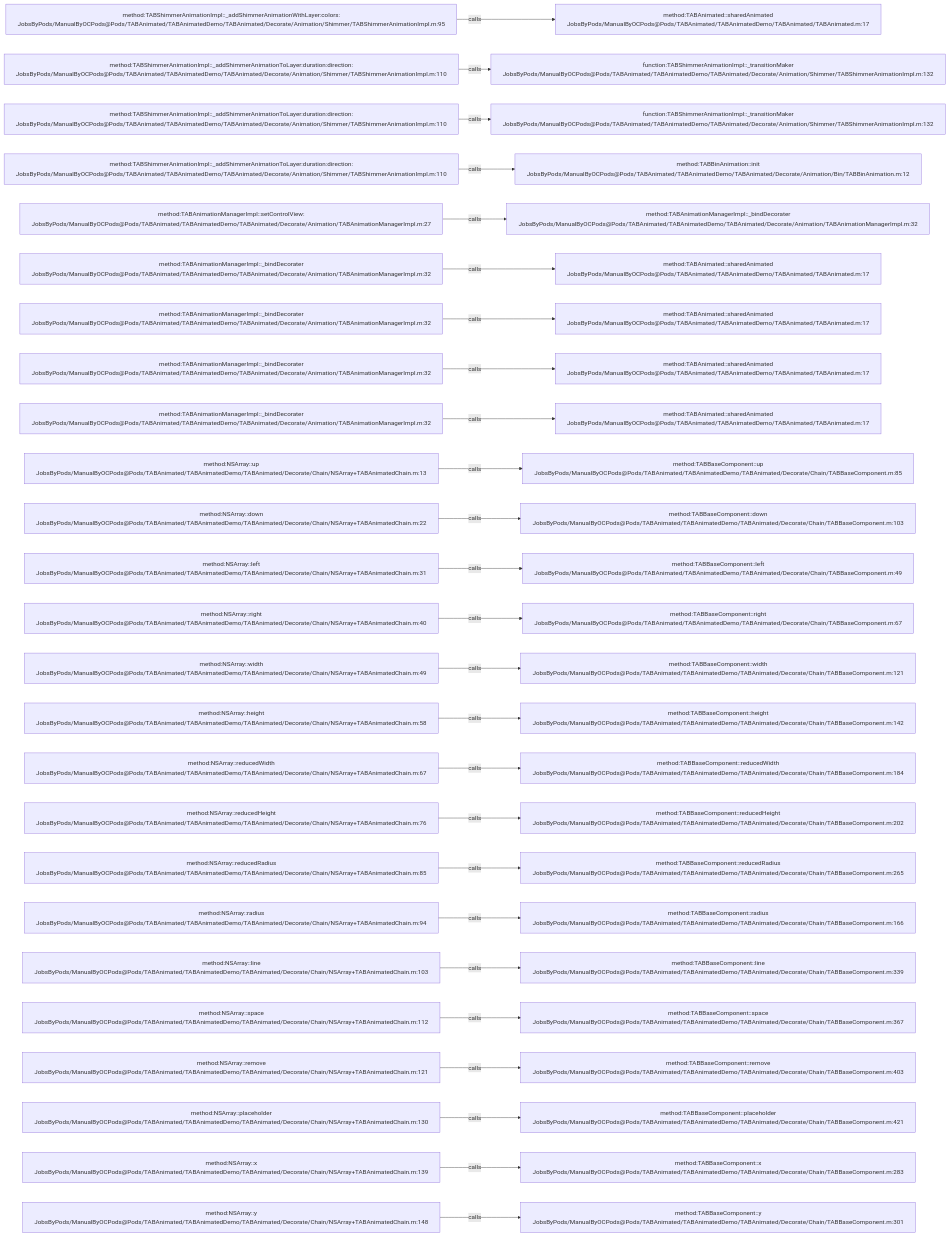
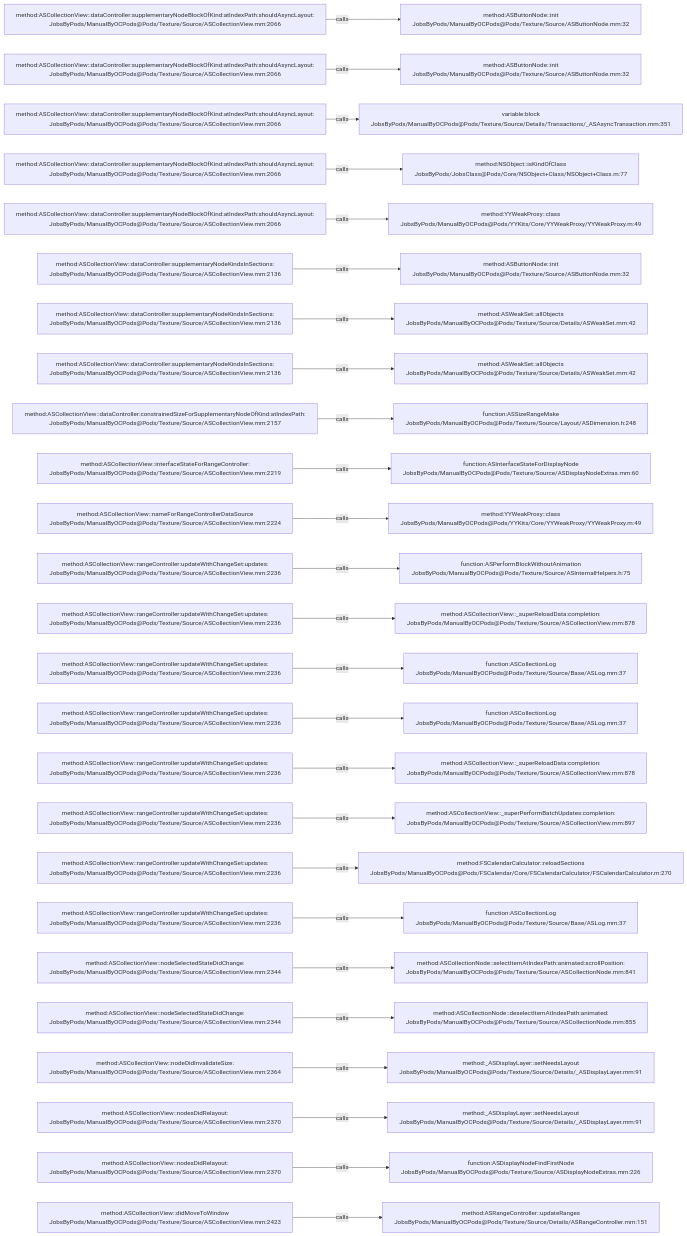
The diagram in .codegraph/codegraph.md/graphs/calls-193.md (JobsKits/JobsOCBaseConfigDemo), drawn with Mermaid before and after one commit. The commit also changed 573 other files, not shown here.

````diff
--- a/.codegraph/codegraph.md/graphs/calls-193.md
+++ b/.codegraph/codegraph.md/graphs/calls-193.md
@@ -13,78 +13,78 @@
 ```mermaid
 flowchart LR
-  S1["method:TABShimmerAnimationImpl::_addShimmerAnimationWithLayer:colors:<br/>JobsByPods/ManualByOCPods@Pods/TABAnimated/TABAnimatedDemo/TABAnimated/Decorate/Animation/Shimmer/TABShimmerAnimationImpl.m:95"]
-  T1["method:TABAnimated::sharedAnimated<br/>JobsByPods/ManualByOCPods@Pods/TABAnimated/TABAnimatedDemo/TABAnimated/TABAnimated.m:17"]
+  S1["method:ASCollectionView::dataController:supplementaryNodeBlockOfKind:atIndexPath:shouldAsyncLayout:<br/>JobsByPods/ManualByOCPods@Pods/Texture/Source/ASCollectionView.mm:2066"]
+  T1["method:ASButtonNode::init<br/>JobsByPods/ManualByOCPods@Pods/Texture/Source/ASButtonNode.mm:32"]
   S1 -->|calls| T1
-  S2["method:TABShimmerAnimationImpl::_addShimmerAnimationToLayer:duration:direction:<br/>JobsByPods/ManualByOCPods@Pods/TABAnimated/TABAnimatedDemo/TABAnimated/Decorate/Animation/Shimmer/TABShimmerAnimationImpl.m:110"]
-  T2["function:TABShimmerAnimationImpl::_transitionMaker<br/>JobsByPods/ManualByOCPods@Pods/TABAnimated/TABAnimatedDemo/TABAnimated/Decorate/Animation/Shimmer/TABShimmerAnimationImpl.m:132"]
+  S2["method:ASCollectionView::dataController:supplementaryNodeBlockOfKind:atIndexPath:shouldAsyncLayout:<br/>JobsByPods/ManualByOCPods@Pods/Texture/Source/ASCollectionView.mm:2066"]
+  T2["method:ASButtonNode::init<br/>JobsByPods/ManualByOCPods@Pods/Texture/Source/ASButtonNode.mm:32"]
   S2 -->|calls| T2
-  S3["method:TABShimmerAnimationImpl::_addShimmerAnimationToLayer:duration:direction:<br/>JobsByPods/ManualByOCPods@Pods/TABAnimated/TABAnimatedDemo/TABAnimated/Decorate/Animation/Shimmer/TABShimmerAnimationImpl.m:110"]
-  T3["function:TABShimmerAnimationImpl::_transitionMaker<br/>JobsByPods/ManualByOCPods@Pods/TABAnimated/TABAnimatedDemo/TABAnimated/Decorate/Animation/Shimmer/TABShimmerAnimationImpl.m:132"]
+  S3["method:ASCollectionView::dataController:supplementaryNodeBlockOfKind:atIndexPath:shouldAsyncLayout:<br/>JobsByPods/ManualByOCPods@Pods/Texture/Source/ASCollectionView.mm:2066"]
+  T3["variable:block<br/>JobsByPods/ManualByOCPods@Pods/Texture/Source/Details/Transactions/_ASAsyncTransaction.mm:351"]
   S3 -->|calls| T3
-  S4["method:TABShimmerAnimationImpl::_addShimmerAnimationToLayer:duration:direction:<br/>JobsByPods/ManualByOCPods@Pods/TABAnimated/TABAnimatedDemo/TABAnimated/Decorate/Animation/Shimmer/TABShimmerAnimationImpl.m:110"]
-  T4["method:TABBinAnimation::init<br/>JobsByPods/ManualByOCPods@Pods/TABAnimated/TABAnimatedDemo/TABAnimated/Decorate/Animation/Bin/TABBinAnimation.m:12"]
+  S4["method:ASCollectionView::dataController:supplementaryNodeBlockOfKind:atIndexPath:shouldAsyncLayout:<br/>JobsByPods/ManualByOCPods@Pods/Texture/Source/ASCollectionView.mm:2066"]
+  T4["method:NSObject::isKindOfClass<br/>JobsByPods/JobsClass@Pods/Core/NSObject+Class/NSObject+Class.m:77"]
   S4 -->|calls| T4
-  S5["method:TABAnimationManagerImpl::setControlView:<br/>JobsByPods/ManualByOCPods@Pods/TABAnimated/TABAnimatedDemo/TABAnimated/Decorate/Animation/TABAnimationManagerImpl.m:27"]
-  T5["method:TABAnimationManagerImpl::_bindDecorater<br/>JobsByPods/ManualByOCPods@Pods/TABAnimated/TABAnimatedDemo/TABAnimated/Decorate/Animation/TABAnimationManagerImpl.m:32"]
+  S5["method:ASCollectionView::dataController:supplementaryNodeBlockOfKind:atIndexPath:shouldAsyncLayout:<br/>JobsByPods/ManualByOCPods@Pods/Texture/Source/ASCollectionView.mm:2066"]
+  T5["method:YYWeakProxy::class<br/>JobsByPods/ManualByOCPods@Pods/YYKits/Core/YYWeakProxy/YYWeakProxy.m:49"]
   S5 -->|calls| T5
-  S6["method:TABAnimationManagerImpl::_bindDecorater<br/>JobsByPods/ManualByOCPods@Pods/TABAnimated/TABAnimatedDemo/TABAnimated/Decorate/Animation/TABAnimationManagerImpl.m:32"]
-  T6["method:TABAnimated::sharedAnimated<br/>JobsByPods/ManualByOCPods@Pods/TABAnimated/TABAnimatedDemo/TABAnimated/TABAnimated.m:17"]
+  S6["method:ASCollectionView::dataController:supplementaryNodeKindsInSections:<br/>JobsByPods/ManualByOCPods@Pods/Texture/Source/ASCollectionView.mm:2136"]
+  T6["method:ASButtonNode::init<br/>JobsByPods/ManualByOCPods@Pods/Texture/Source/ASButtonNode.mm:32"]
   S6 -->|calls| T6
-  S7["method:TABAnimationManagerImpl::_bindDecorater<br/>JobsByPods/ManualByOCPods@Pods/TABAnimated/TABAnimatedDemo/TABAnimated/Decorate/Animation/TABAnimationManagerImpl.m:32"]
-  T7["method:TABAnimated::sharedAnimated<br/>JobsByPods/ManualByOCPods@Pods/TABAnimated/TABAnimatedDemo/TABAnimated/TABAnimated.m:17"]
+  S7["method:ASCollectionView::dataController:supplementaryNodeKindsInSections:<br/>JobsByPods/ManualByOCPods@Pods/Texture/Source/ASCollectionView.mm:2136"]
+  T7["method:ASWeakSet::allObjects<br/>JobsByPods/ManualByOCPods@Pods/Texture/Source/Details/ASWeakSet.mm:42"]
   S7 -->|calls| T7
-  S8["method:TABAnimationManagerImpl::_bindDecorater<br/>JobsByPods/ManualByOCPods@Pods/TABAnimated/TABAnimatedDemo/TABAnimated/Decorate/Animation/TABAnimationManagerImpl.m:32"]
-  T8["method:TABAnimated::sharedAnimated<br/>JobsByPods/ManualByOCPods@Pods/TABAnimated/TABAnimatedDemo/TABAnimated/TABAnimated.m:17"]
+  S8["method:ASCollectionView::dataController:supplementaryNodeKindsInSections:<br/>JobsByPods/ManualByOCPods@Pods/Texture/Source/ASCollectionView.mm:2136"]
+  T8["method:ASWeakSet::allObjects<br/>JobsByPods/ManualByOCPods@Pods/Texture/Source/Details/ASWeakSet.mm:42"]
   S8 -->|calls| T8
-  S9["method:TABAnimationManagerImpl::_bindDecorater<br/>JobsByPods/ManualByOCPods@Pods/TABAnimated/TABAnimatedDemo/TABAnimated/Decorate/Animation/TABAnimationManagerImpl.m:32"]
-  T9["method:TABAnimated::sharedAnimated<br/>JobsByPods/ManualByOCPods@Pods/TABAnimated/TABAnimatedDemo/TABAnimated/TABAnimated.m:17"]
+  S9["method:ASCollectionView::dataController:constrainedSizeForSupplementaryNodeOfKind:atIndexPath:<br/>JobsByPods/ManualByOCPods@Pods/Texture/Source/ASCollectionView.mm:2157"]
+  T9["function:ASSizeRangeMake<br/>JobsByPods/ManualByOCPods@Pods/Texture/Source/Layout/ASDimension.h:248"]
   S9 -->|calls| T9
-  S10["method:NSArray::up<br/>JobsByPods/ManualByOCPods@Pods/TABAnimated/TABAnimatedDemo/TABAnimated/Decorate/Chain/NSArray+TABAnimatedChain.m:13"]
-  T10["method:TABBaseComponent::up<br/>JobsByPods/ManualByOCPods@Pods/TABAnimated/TABAnimatedDemo/TABAnimated/Decorate/Chain/TABBaseComponent.m:85"]
+  S10["method:ASCollectionView::interfaceStateForRangeController:<br/>JobsByPods/ManualByOCPods@Pods/Texture/Source/ASCollectionView.mm:2219"]
+  T10["function:ASInterfaceStateForDisplayNode<br/>JobsByPods/ManualByOCPods@Pods/Texture/Source/ASDisplayNodeExtras.mm:60"]
   S10 -->|calls| T10
-  S11["method:NSArray::down<br/>JobsByPods/ManualByOCPods@Pods/TABAnimated/TABAnimatedDemo/TABAnimated/Decorate/Chain/NSArray+TABAnimatedChain.m:22"]
-  T11["method:TABBaseComponent::down<br/>JobsByPods/ManualByOCPods@Pods/TABAnimated/TABAnimatedDemo/TABAnimated/Decorate/Chain/TABBaseComponent.m:103"]
+  S11["method:ASCollectionView::nameForRangeControllerDataSource<br/>JobsByPods/ManualByOCPods@Pods/Texture/Source/ASCollectionView.mm:2224"]
+  T11["method:YYWeakProxy::class<br/>JobsByPods/ManualByOCPods@Pods/YYKits/Core/YYWeakProxy/YYWeakProxy.m:49"]
   S11 -->|calls| T11
-  S12["method:NSArray::left<br/>JobsByPods/ManualByOCPods@Pods/TABAnimated/TABAnimatedDemo/TABAnimated/Decorate/Chain/NSArray+TABAnimatedChain.m:31"]
-  T12["method:TABBaseComponent::left<br/>JobsByPods/ManualByOCPods@Pods/TABAnimated/TABAnimatedDemo/TABAnimated/Decorate/Chain/TABBaseComponent.m:49"]
+  S12["method:ASCollectionView::rangeController:updateWithChangeSet:updates:<br/>JobsByPods/ManualByOCPods@Pods/Texture/Source/ASCollectionView.mm:2236"]
+  T12["function:ASPerformBlockWithoutAnimation<br/>JobsByPods/ManualByOCPods@Pods/Texture/Source/ASInternalHelpers.h:75"]
   S12 -->|calls| T12
-  S13["method:NSArray::right<br/>JobsByPods/ManualByOCPods@Pods/TABAnimated/TABAnimatedDemo/TABAnimated/Decorate/Chain/NSArray+TABAnimatedChain.m:40"]
-  T13["method:TABBaseComponent::right<br/>JobsByPods/ManualByOCPods@Pods/TABAnimated/TABAnimatedDemo/TABAnimated/Decorate/Chain/TABBaseComponent.m:67"]
+  S13["method:ASCollectionView::rangeController:updateWithChangeSet:updates:<br/>JobsByPods/ManualByOCPods@Pods/Texture/Source/ASCollectionView.mm:2236"]
+  T13["method:ASCollectionView::_superReloadData:completion:<br/>JobsByPods/ManualByOCPods@Pods/Texture/Source/ASCollectionView.mm:878"]
   S13 -->|calls| T13
-  S14["method:NSArray::width<br/>JobsByPods/ManualByOCPods@Pods/TABAnimated/TABAnimatedDemo/TABAnimated/Decorate/Chain/NSArray+TABAnimatedChain.m:49"]
-  T14["method:TABBaseComponent::width<br/>JobsByPods/ManualByOCPods@Pods/TABAnimated/TABAnimatedDemo/TABAnimated/Decorate/Chain/TABBaseComponent.m:121"]
+  S14["method:ASCollectionView::rangeController:updateWithChangeSet:updates:<br/>JobsByPods/ManualByOCPods@Pods/Texture/Source/ASCollectionView.mm:2236"]
+  T14["function:ASCollectionLog<br/>JobsByPods/ManualByOCPods@Pods/Texture/Source/Base/ASLog.mm:37"]
   S14 -->|calls| T14
-  S15["method:NSArray::height<br/>JobsByPods/ManualByOCPods@Pods/TABAnimated/TABAnimatedDemo/TABAnimated/Decorate/Chain/NSArray+TABAnimatedChain.m:58"]
-  T15["method:TABBaseComponent::height<br/>JobsByPods/ManualByOCPods@Pods/TABAnimated/TABAnimatedDemo/TABAnimated/Decorate/Chain/TABBaseComponent.m:142"]
+  S15["method:ASCollectionView::rangeController:updateWithChangeSet:updates:<br/>JobsByPods/ManualByOCPods@Pods/Texture/Source/ASCollectionView.mm:2236"]
+  T15["function:ASCollectionLog<br/>JobsByPods/ManualByOCPods@Pods/Texture/Source/Base/ASLog.mm:37"]
   S15 -->|calls| T15
-  S16["method:NSArray::reducedWidth<br/>JobsByPods/ManualByOCPods@Pods/TABAnimated/TABAnimatedDemo/TABAnimated/Decorate/Chain/NSArray+TABAnimatedChain.m:67"]
-  T16["method:TABBaseComponent::reducedWidth<br/>JobsByPods/ManualByOCPods@Pods/TABAnimated/TABAnimatedDemo/TABAnimated/Decorate/Chain/TABBaseComponent.m:184"]
+  S16["method:ASCollectionView::rangeController:updateWithChangeSet:updates:<br/>JobsByPods/ManualByOCPods@Pods/Texture/Source/ASCollectionView.mm:2236"]
+  T16["method:ASCollectionView::_superReloadData:completion:<br/>JobsByPods/ManualByOCPods@Pods/Texture/Source/ASCollectionView.mm:878"]
   S16 -->|calls| T16
-  S17["method:NSArray::reducedHeight<br/>JobsByPods/ManualByOCPods@Pods/TABAnimated/TABAnimatedDemo/TABAnimated/Decorate/Chain/NSArray+TABAnimatedChain.m:76"]
-  T17["method:TABBaseComponent::reducedHeight<br/>JobsByPods/ManualByOCPods@Pods/TABAnimated/TABAnimatedDemo/TABAnimated/Decorate/Chain/TABBaseComponent.m:202"]
+  S17["method:ASCollectionView::rangeController:updateWithChangeSet:updates:<br/>JobsByPods/ManualByOCPods@Pods/Texture/Source/ASCollectionView.mm:2236"]
+  T17["method:ASCollectionView::_superPerformBatchUpdates:completion:<br/>JobsByPods/ManualByOCPods@Pods/Texture/Source/ASCollectionView.mm:897"]
   S17 -->|calls| T17
-  S18["method:NSArray::reducedRadius<br/>JobsByPods/ManualByOCPods@Pods/TABAnimated/TABAnimatedDemo/TABAnimated/Decorate/Chain/NSArray+TABAnimatedChain.m:85"]
-  T18["method:TABBaseComponent::reducedRadius<br/>JobsByPods/ManualByOCPods@Pods/TABAnimated/TABAnimatedDemo/TABAnimated/Decorate/Chain/TABBaseComponent.m:265"]
+  S18["method:ASCollectionView::rangeController:updateWithChangeSet:updates:<br/>JobsByPods/ManualByOCPods@Pods/Texture/Source/ASCollectionView.mm:2236"]
+  T18["method:FSCalendarCalculator::reloadSections<br/>JobsByPods/ManualByOCPods@Pods/FSCalendar/Core/FSCalendarCalculator/FSCalendarCalculator.m:270"]
   S18 -->|calls| T18
-  S19["method:NSArray::radius<br/>JobsByPods/ManualByOCPods@Pods/TABAnimated/TABAnimatedDemo/TABAnimated/Decorate/Chain/NSArray+TABAnimatedChain.m:94"]
-  T19["method:TABBaseComponent::radius<br/>JobsByPods/ManualByOCPods@Pods/TABAnimated/TABAnimatedDemo/TABAnimated/Decorate/Chain/TABBaseComponent.m:166"]
+  S19["method:ASCollectionView::rangeController:updateWithChangeSet:updates:<br/>JobsByPods/ManualByOCPods@Pods/Texture/Source/ASCollectionView.mm:2236"]
+  T19["function:ASCollectionLog<br/>JobsByPods/ManualByOCPods@Pods/Texture/Source/Base/ASLog.mm:37"]
   S19 -->|calls| T19
-  S20["method:NSArray::line<br/>JobsByPods/ManualByOCPods@Pods/TABAnimated/TABAnimatedDemo/TABAnimated/Decorate/Chain/NSArray+TABAnimatedChain.m:103"]
-  T20["method:TABBaseComponent::line<br/>JobsByPods/ManualByOCPods@Pods/TABAnimated/TABAnimatedDemo/TABAnimated/Decorate/Chain/TABBaseComponent.m:339"]
+  S20["method:ASCollectionView::nodeSelectedStateDidChange:<br/>JobsByPods/ManualByOCPods@Pods/Texture/Source/ASCollectionView.mm:2344"]
+  T20["method:ASCollectionNode::selectItemAtIndexPath:animated:scrollPosition:<br/>JobsByPods/ManualByOCPods@Pods/Texture/Source/ASCollectionNode.mm:841"]
   S20 -->|calls| T20
-  S21["method:NSArray::space<br/>JobsByPods/ManualByOCPods@Pods/TABAnimated/TABAnimatedDemo/TABAnimated/Decorate/Chain/NSArray+TABAnimatedChain.m:112"]
-  T21["method:TABBaseComponent::space<br/>JobsByPods/ManualByOCPods@Pods/TABAnimated/TABAnimatedDemo/TABAnimated/Decorate/Chain/TABBaseComponent.m:367"]
+  S21["method:ASCollectionView::nodeSelectedStateDidChange:<br/>JobsByPods/ManualByOCPods@Pods/Texture/Source/ASCollectionView.mm:2344"]
+  T21["method:ASCollectionNode::deselectItemAtIndexPath:animated:<br/>JobsByPods/ManualByOCPods@Pods/Texture/Source/ASCollectionNode.mm:855"]
   S21 -->|calls| T21
-  S22["method:NSArray::remove<br/>JobsByPods/ManualByOCPods@Pods/TABAnimated/TABAnimatedDemo/TABAnimated/Decorate/Chain/NSArray+TABAnimatedChain.m:121"]
-  T22["method:TABBaseComponent::remove<br/>JobsByPods/ManualByOCPods@Pods/TABAnimated/TABAnimatedDemo/TABAnimated/Decorate/Chain/TABBaseComponent.m:403"]
+  S22["method:ASCollectionView::nodeDidInvalidateSize:<br/>JobsByPods/ManualByOCPods@Pods/Texture/Source/ASCollectionView.mm:2364"]
+  T22["method:_ASDisplayLayer::setNeedsLayout<br/>JobsByPods/ManualByOCPods@Pods/Texture/Source/Details/_ASDisplayLayer.mm:91"]
   S22 -->|calls| T22
-  S23["method:NSArray::placeholder<br/>JobsByPods/ManualByOCPods@Pods/TABAnimated/TABAnimatedDemo/TABAnimated/Decorate/Chain/NSArray+TABAnimatedChain.m:130"]
-  T23["method:TABBaseComponent::placeholder<br/>JobsByPods/ManualByOCPods@Pods/TABAnimated/TABAnimatedDemo/TABAnimated/Decorate/Chain/TABBaseComponent.m:421"]
+  S23["method:ASCollectionView::nodesDidRelayout:<br/>JobsByPods/ManualByOCPods@Pods/Texture/Source/ASCollectionView.mm:2370"]
+  T23["method:_ASDisplayLayer::setNeedsLayout<br/>JobsByPods/ManualByOCPods@Pods/Texture/Source/Details/_ASDisplayLayer.mm:91"]
   S23 -->|calls| T23
-  S24["method:NSArray::x<br/>JobsByPods/ManualByOCPods@Pods/TABAnimated/TABAnimatedDemo/TABAnimated/Decorate/Chain/NSArray+TABAnimatedChain.m:139"]
-  T24["method:TABBaseComponent::x<br/>JobsByPods/ManualByOCPods@Pods/TABAnimated/TABAnimatedDemo/TABAnimated/Decorate/Chain/TABBaseComponent.m:283"]
+  S24["method:ASCollectionView::nodesDidRelayout:<br/>JobsByPods/ManualByOCPods@Pods/Texture/Source/ASCollectionView.mm:2370"]
+  T24["function:ASDisplayNodeFindFirstNode<br/>JobsByPods/ManualByOCPods@Pods/Texture/Source/ASDisplayNodeExtras.mm:226"]
   S24 -->|calls| T24
-  S25["method:NSArray::y<br/>JobsByPods/ManualByOCPods@Pods/TABAnimated/TABAnimatedDemo/TABAnimated/Decorate/Chain/NSArray+TABAnimatedChain.m:148"]
-  T25["method:TABBaseComponent::y<br/>JobsByPods/ManualByOCPods@Pods/TABAnimated/TABAnimatedDemo/TABAnimated/Decorate/Chain/TABBaseComponent.m:301"]
+  S25["method:ASCollectionView::didMoveToWindow<br/>JobsByPods/ManualByOCPods@Pods/Texture/Source/ASCollectionView.mm:2423"]
+  T25["method:ASRangeController::updateRanges<br/>JobsByPods/ManualByOCPods@Pods/Texture/Source/Details/ASRangeController.mm:151"]
   S25 -->|calls| T25
 ```
````
